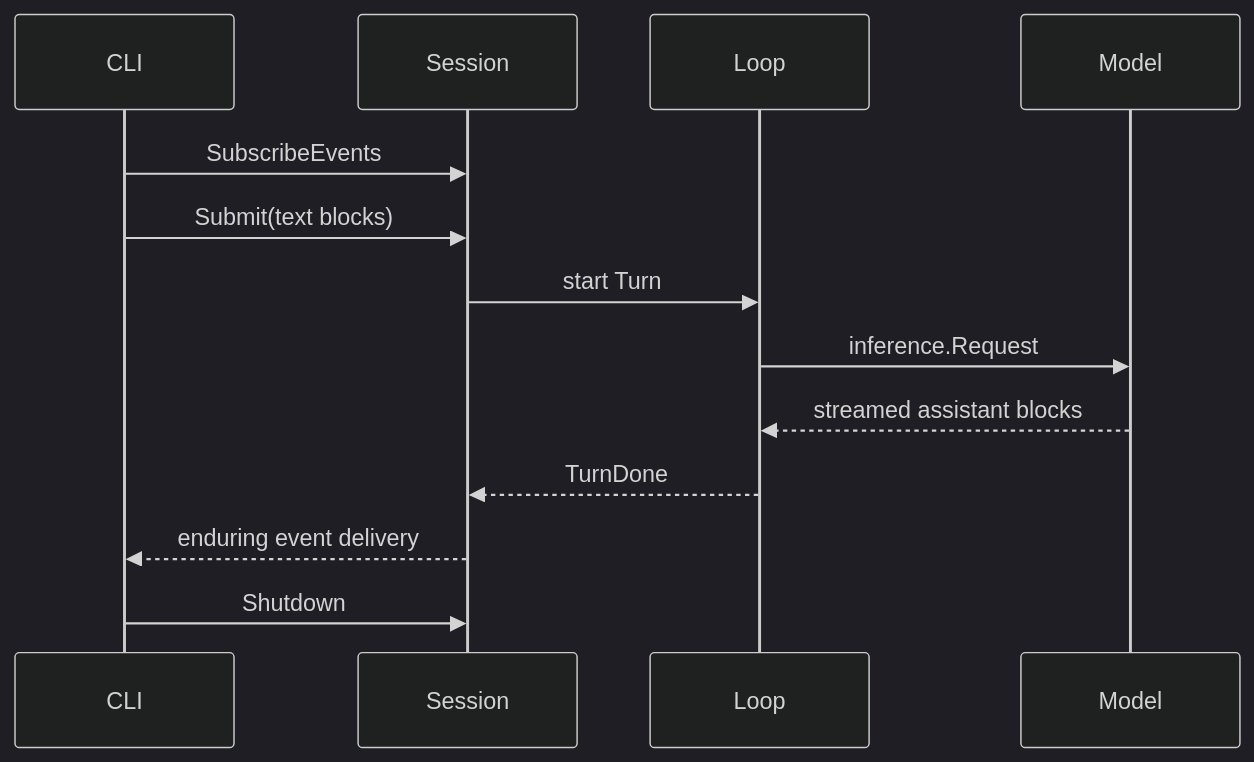
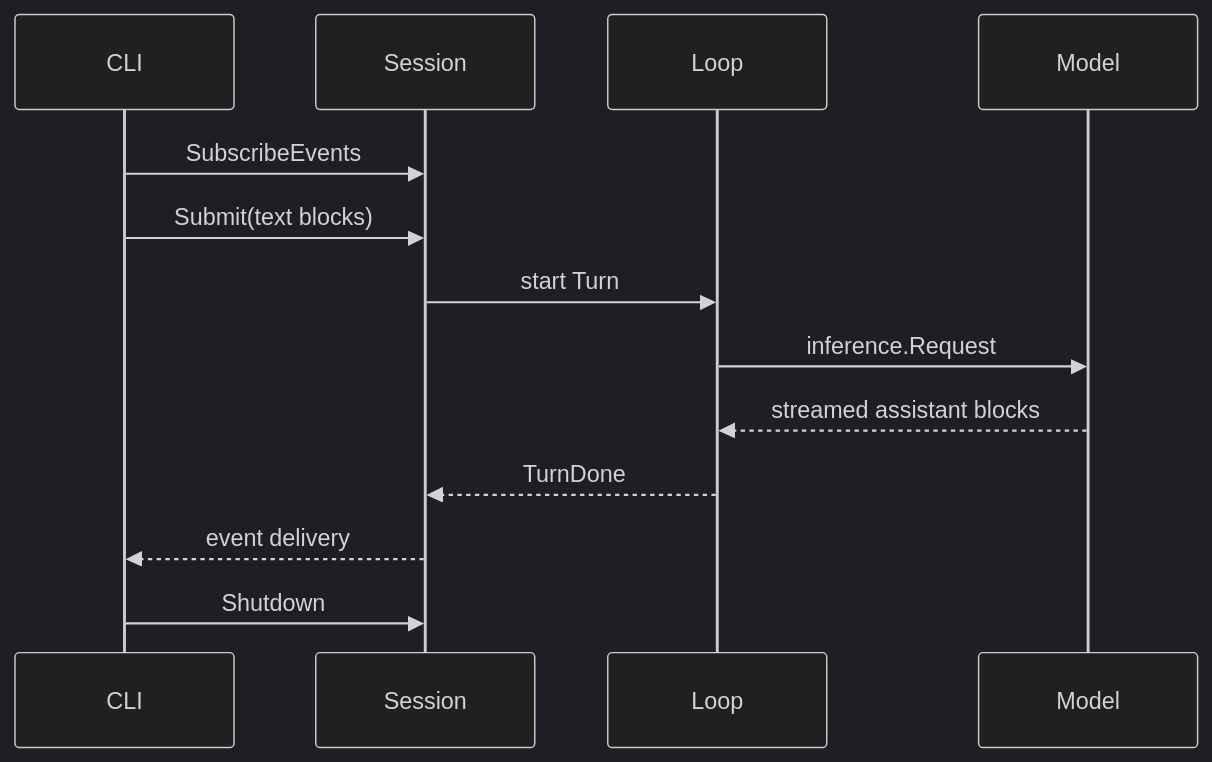
Before and after one commit to looprig/.github: the diagram in docs/start/first-run.md, drawn with Mermaid. The commit also changed other lines of this file and 14 other files, not shown here.

````diff
--- a/docs/start/first-run.md
+++ b/docs/start/first-run.md
@@ -101,16 +258,16 @@
 ```mermaid
 %%{init: {"theme":"dark"}}%%
 sequenceDiagram
   participant CLI
   participant Session
   participant L as Loop
   participant Model
   CLI->>Session: SubscribeEvents
   CLI->>Session: Submit(text blocks)
   Session->>L: start Turn
   L->>Model: inference.Request
   Model-->>L: streamed assistant blocks
   L-->>Session: TurnDone
-  Session-->>CLI: enduring event delivery
+  Session-->>CLI: event delivery
   CLI->>Session: Shutdown
 ```
````
